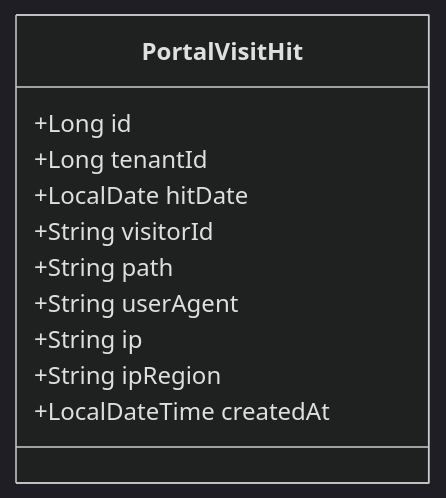
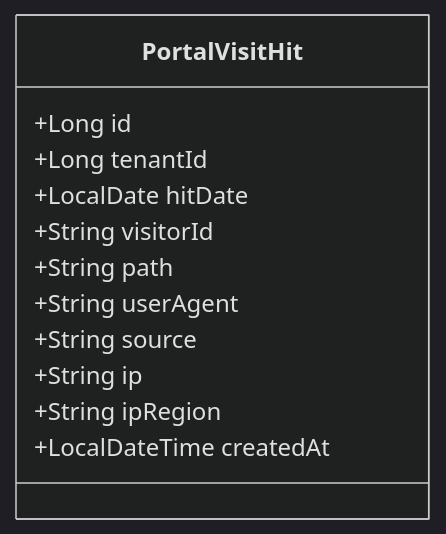
Before and after one commit to skvan/bsdone: the third of 9 diagrams in docs/tech/数据模型设计/门户实体.md, drawn with Mermaid (dark theme). The commit also changed other lines of this file and 1 other file, not shown here.

Commit message:
docs: 同步微信 JSSDK 接口与 portal_visit_hit.source

````diff
--- a/docs/tech/数据模型设计/门户实体.md
+++ b/docs/tech/数据模型设计/门户实体.md
@@ -98,14 +99,15 @@
 ```mermaid
 classDiagram
 class PortalVisitHit {
 +Long id
 +Long tenantId
 +LocalDate hitDate
 +String visitorId
 +String path
 +String userAgent
++String source
 +String ip
 +String ipRegion
 +LocalDateTime createdAt
 }
 ```
````
